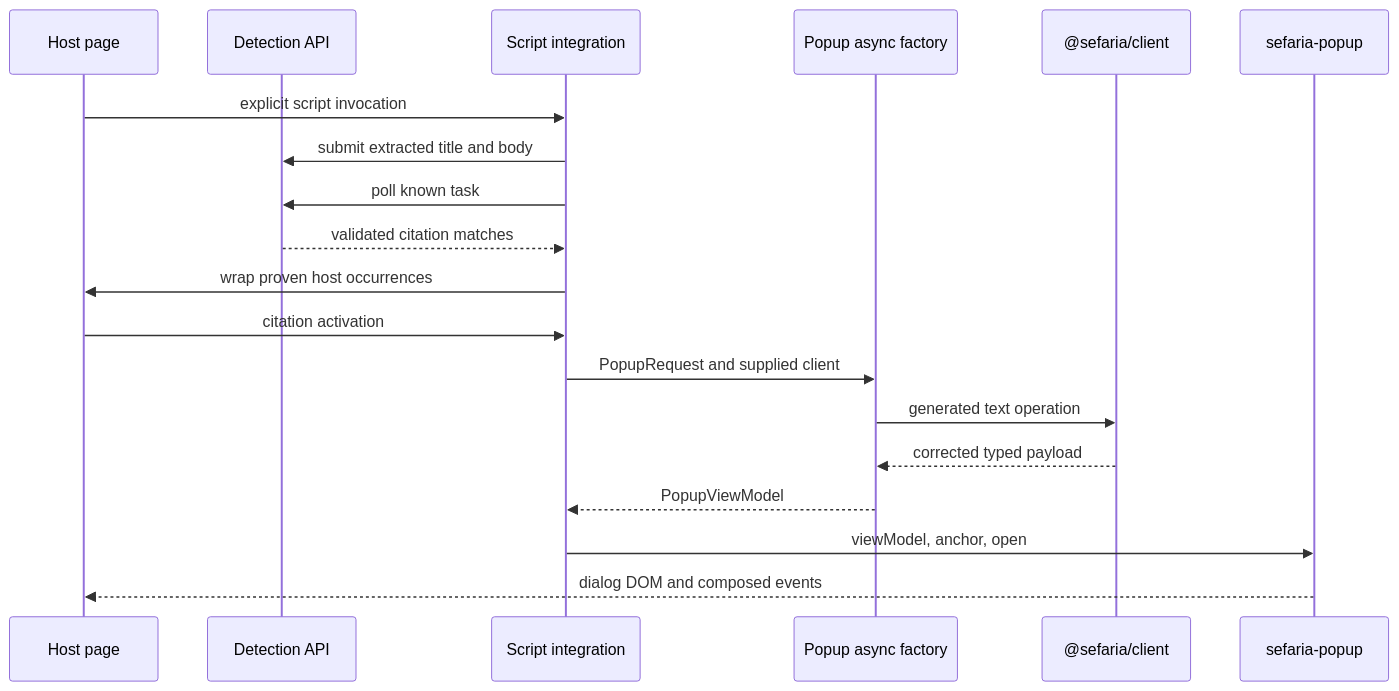
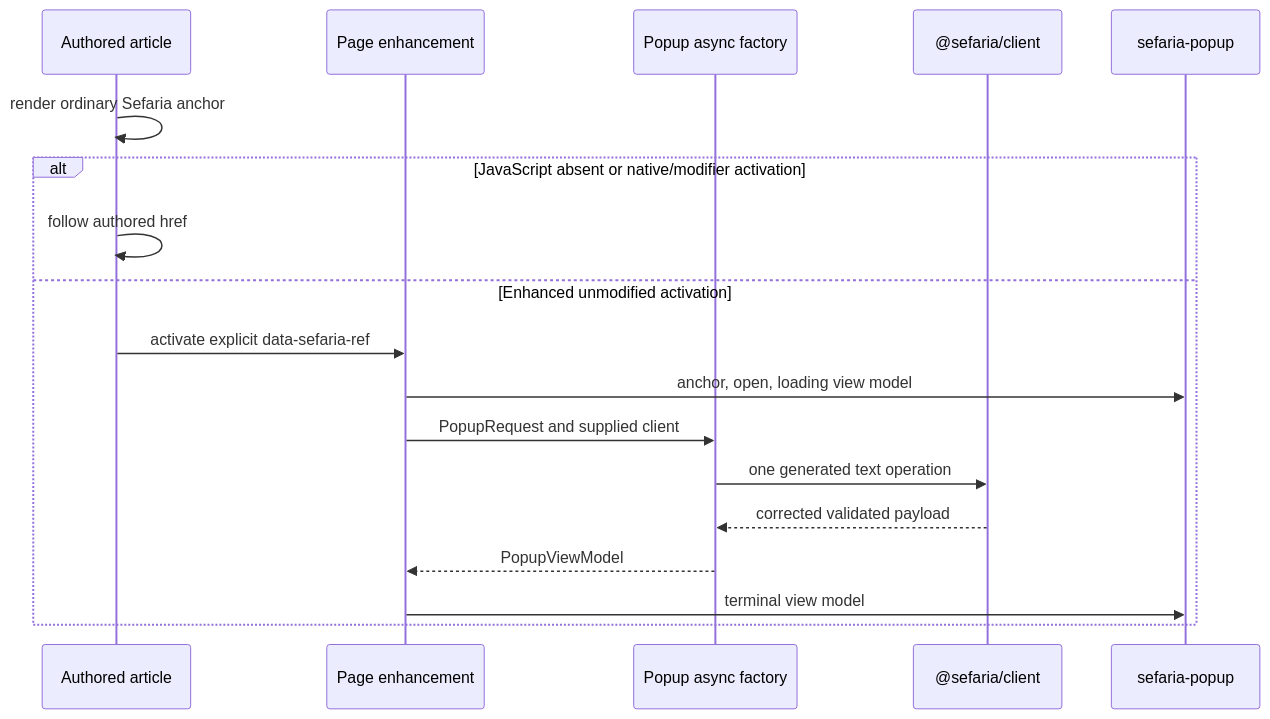
The third of 3 diagrams in docs/specs/integrations.md (Arithmomaniac/sefaria-web-components), drawn with Mermaid before and after one commit. The commit also changed other lines of this file and 45 other files, not shown here.

Commit message:
feat: add authored linked article example

````diff
--- a/docs/specs/integrations.md
+++ b/docs/specs/integrations.md
@@ -355,22 +360,21 @@
 ```mermaid
 sequenceDiagram
-    participant Page as Host page
-    participant Detection as Detection API
-    participant Linker as Script integration
+    participant Page as Authored article
+    participant Integration as Page enhancement
     participant Factory as Popup async factory
     participant Client as @sefaria/client
     participant Element as sefaria-popup
 
-    Page->>Linker: explicit script invocation
-    Linker->>Detection: submit extracted title and body
-    Linker->>Detection: poll known task
-    Detection-->>Linker: validated citation matches
-    Linker->>Page: wrap proven host occurrences
-    Page->>Linker: citation activation
-    Linker->>Factory: PopupRequest and supplied client
-    Factory->>Client: generated text operation
-    Client-->>Factory: corrected typed payload
-    Factory-->>Linker: PopupViewModel
-    Linker->>Element: viewModel, anchor, open
-    Element-->>Page: dialog DOM and composed events
+    Page->>Page: render ordinary Sefaria anchor
+    alt JavaScript absent or native/modifier activation
+        Page->>Page: follow authored href
+    else Enhanced unmodified activation
+        Page->>Integration: activate explicit data-sefaria-ref
+        Integration->>Element: anchor, open, loading view model
+        Integration->>Factory: PopupRequest and supplied client
+        Factory->>Client: one generated text operation
+        Client-->>Factory: corrected validated payload
+        Factory-->>Integration: PopupViewModel
+        Integration->>Element: terminal view model
+    end
 ```
````
